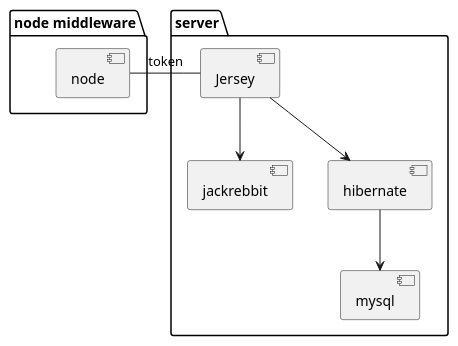
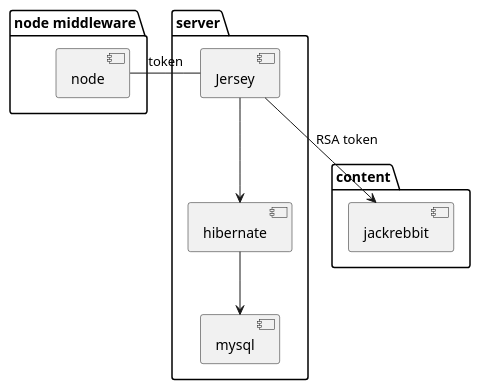
Before and after one commit to sinbargit/sinbargit: the diagram in doc/uml/structure.puml, drawn with PlantUML. The commit also changed 8 other files, not shown here.

```diff
--- a/doc/uml/structure.puml
+++ b/doc/uml/structure.puml
@@ -1,15 +1,17 @@
 @startuml
 
 package "node middleware"{
    [node]
 }
 
 package "server" as h{
 [node] - [Jersey]: "token"
-[Jersey] --> [jackrebbit]
+
 [hibernate] --> [mysql]
 [Jersey] --> [hibernate]
 }
-
-
+package "content"{
+ [Jersey] --> [jackrebbit]:RSA token
+ [jackrebbit]
+}
 @enduml
```
